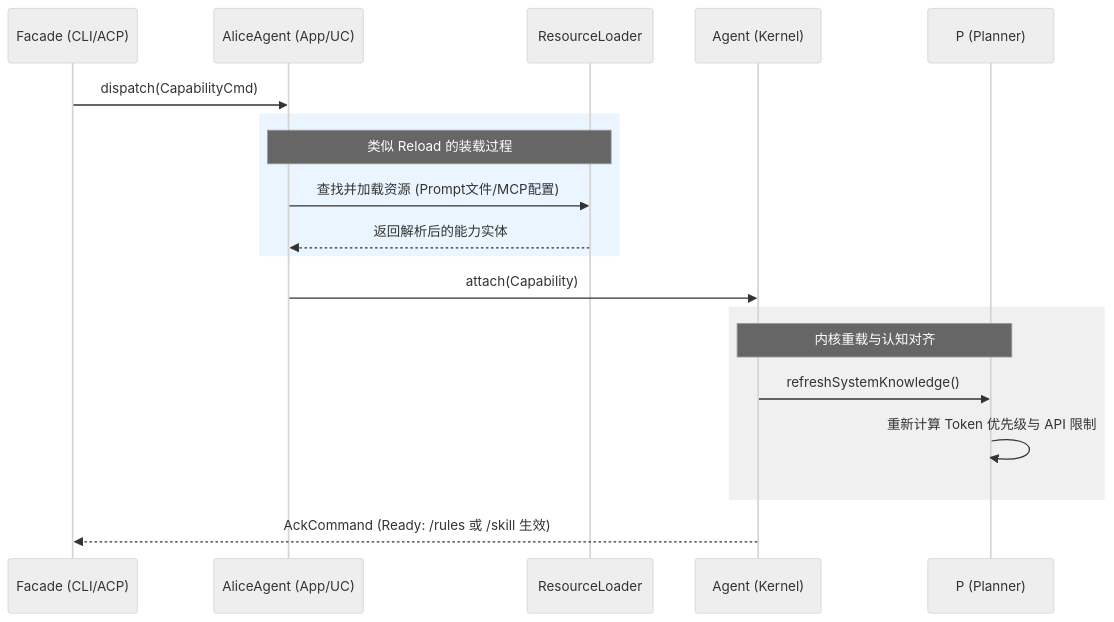
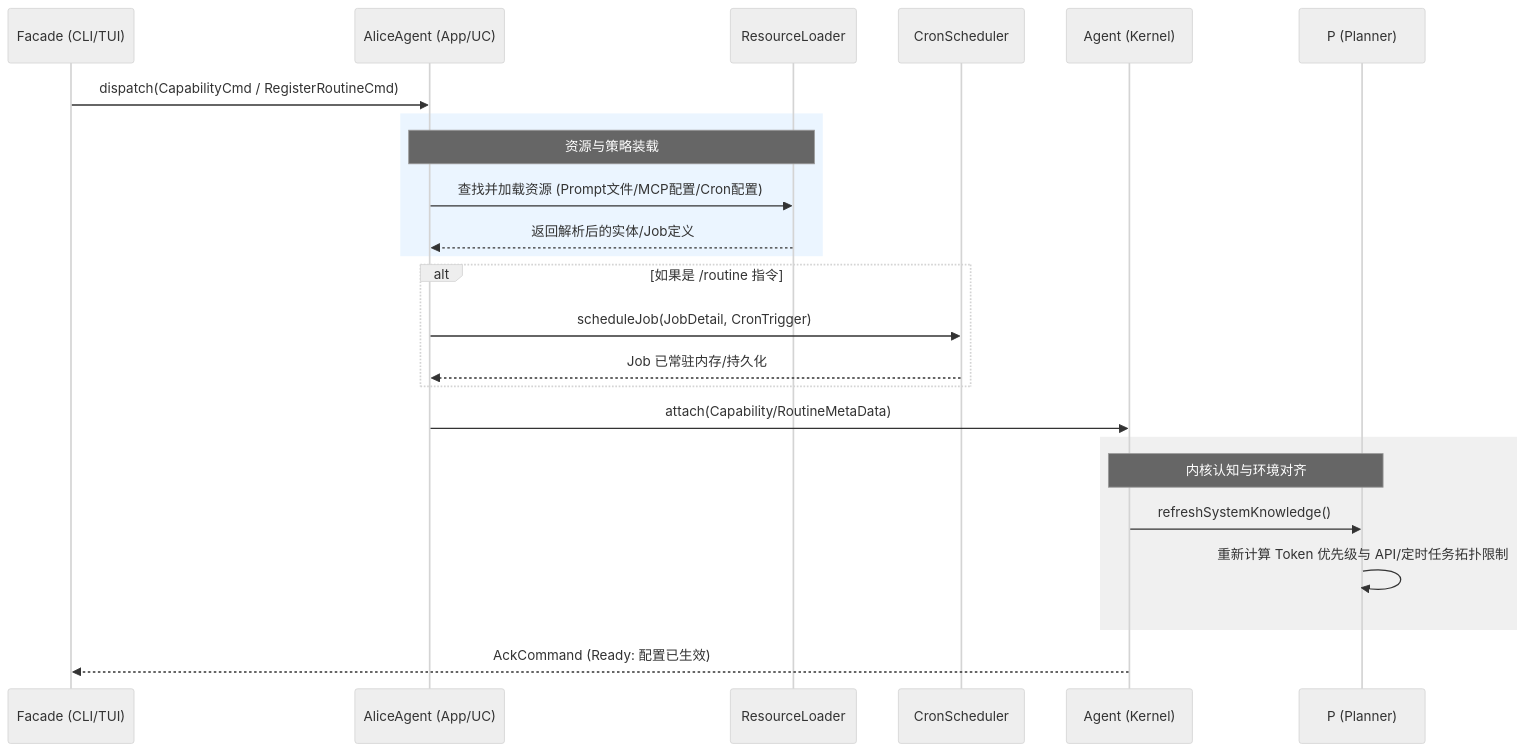
One commit to chaineasy-ai/alice-agent changed the second of 5 diagrams in docs/alice-agent-command/DESIGN.md. Above: the diagram before and after it, drawn with Mermaid (neutral theme). The commit also changed other lines of this file and 44 other files, not shown here.

````diff
--- a/docs/alice-agent-command/DESIGN.md
+++ b/docs/alice-agent-command/DESIGN.md
@@ -84,27 +89,32 @@
 ```mermaid
 sequenceDiagram
-    participant Facade as Facade (CLI/ACP)
+    participant Facade as Facade (CLI/TUI)
     participant Alice as AliceAgent (App/UC)
     participant Manager as ResourceLoader
+    participant Scheduler as CronScheduler
     participant Core as Agent (Kernel)
     participant Planner as P (Planner)
 
-    Facade->>Alice: dispatch(CapabilityCmd)
+    Facade->>Alice: dispatch(CapabilityCmd / RegisterRoutineCmd)
     
     rect rgb(235, 245, 255)
-        Note over Alice, Manager: 类似 Reload 的装载过程
-        Alice->>Manager: 查找并加载资源 (Prompt文件/MCP配置)
-        Manager-->>Alice: 返回解析后的能力实体
+        Note over Alice, Manager: 资源与策略装载
+        Alice->>Manager: 查找并加载资源 (Prompt文件/MCP配置/Cron配置)
+        Manager-->>Alice: 返回解析后的实体/Job定义
     end
 
-    Alice->>Core: attach(Capability)
+    alt 如果是 /routine 指令
+        Alice->>Scheduler: scheduleJob(JobDetail, CronTrigger)
+        Scheduler-->>Alice: Job 已常驻内存/持久化
+    end
+
+    Alice->>Core: attach(Capability/RoutineMetaData)
     
     rect rgb(240, 240, 240)
-        Note over Core, Planner: 内核重载与认知对齐
+        Note over Core, Planner: 内核认知与环境对齐
         Core->>Planner: refreshSystemKnowledge()
-        Planner->>Planner: 重新计算 Token 优先级与 API 限制
+        Planner->>Planner: 重新计算 Token 优先级与 API/定时任务拓扑限制
     end
     
-    Core-->>Facade: AckCommand (Ready: /rules 或 /skill 生效)
-
+    Core-->>Facade: AckCommand (Ready: 配置已生效)
 ```
````
